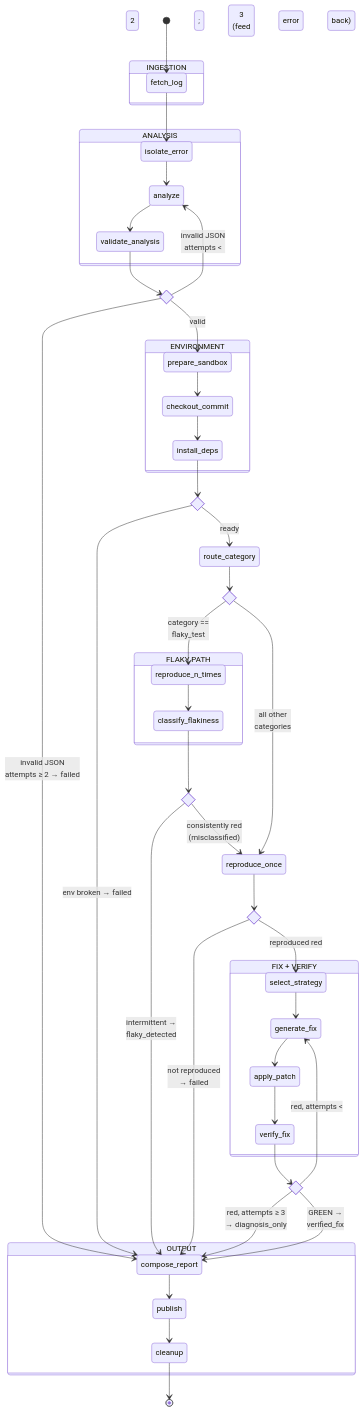
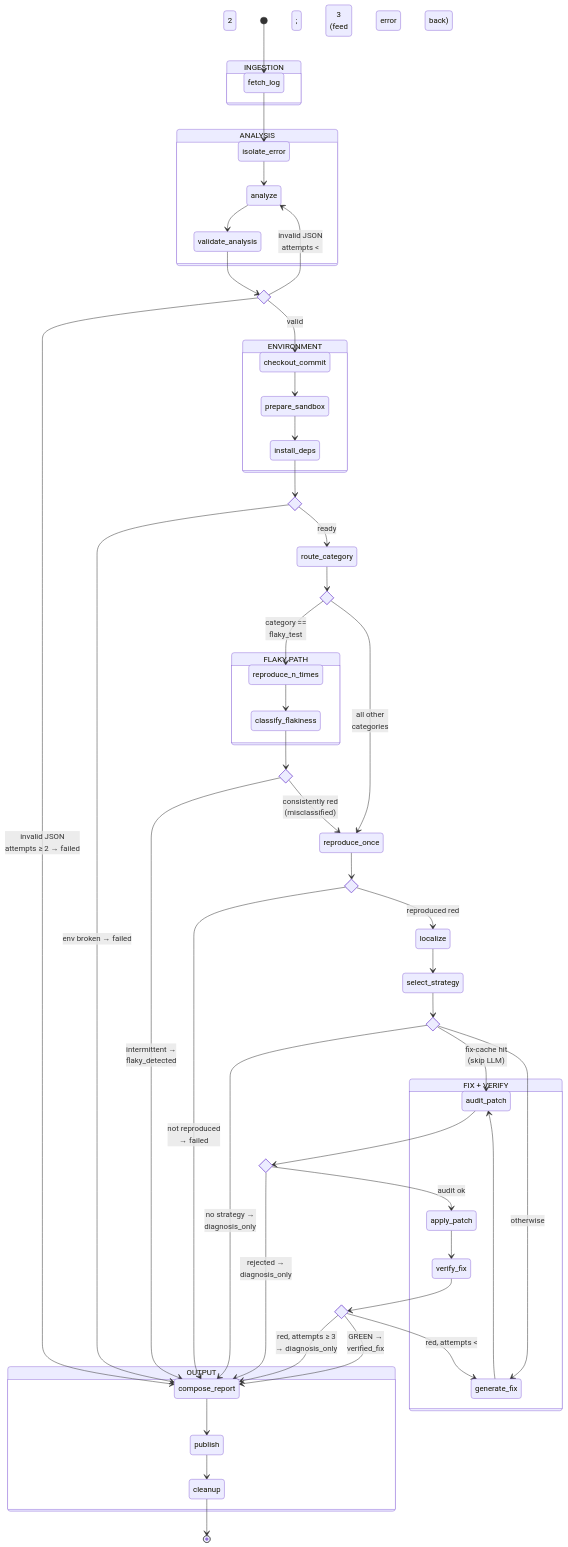
One commit to abhishekKokadwar/CIDRA changed the third of 11 diagrams in docs/4_architecture.md. Above: the diagram before and after it, drawn with Mermaid. The commit also changed other lines of this file and 2 other files, not shown here.

First line of the commit message:
docs: add runtime architecture diagram to README and align architecture doc with code

````diff
--- a/docs/4_architecture.md
+++ b/docs/4_architecture.md
@@ -221,68 +245,79 @@
 ```mermaid
 stateDiagram-v2
     direction TB
     [*] --> fetch_log
 
     state "INGESTION" as ING {
         fetch_log --> isolate_error
     }
 
     state "ANALYSIS" as ANA {
         isolate_error --> analyze
         analyze --> validate_analysis
     }
 
     state ck_valid <<choice>>
     validate_analysis --> ck_valid
     ck_valid --> analyze: invalid JSON<br/>attempts &lt; 2
     ck_valid --> compose_report: invalid JSON<br/>attempts ≥ 2 → failed
-    ck_valid --> prepare_sandbox: valid
+    ck_valid --> checkout_commit: valid
 
     state "ENVIRONMENT" as ENV {
-        prepare_sandbox --> checkout_commit
-        checkout_commit --> install_deps
+        checkout_commit --> prepare_sandbox
+        prepare_sandbox --> install_deps
     }
 
     state ck_env <<choice>>
     install_deps --> ck_env
     ck_env --> compose_report: env broken → failed
     ck_env --> route_category: ready
 
     state ck_cat <<choice>>
     route_category --> ck_cat
     ck_cat --> reproduce_n_times: category ==<br/>flaky_test
     ck_cat --> reproduce_once: all other<br/>categories
 
     state "FLAKY PATH" as FLK {
         reproduce_n_times --> classify_flakiness
     }
 
     state ck_flaky <<choice>>
     classify_flakiness --> ck_flaky
     ck_flaky --> compose_report: intermittent →<br/>flaky_detected
     ck_flaky --> reproduce_once: consistently red<br/>(misclassified)
 
     state ck_repro <<choice>>
     reproduce_once --> ck_repro
     ck_repro --> compose_report: not reproduced<br/>→ failed
-    ck_repro --> select_strategy: reproduced red
+    ck_repro --> localize: reproduced red
+    localize --> select_strategy
+
+    state ck_strat <<choice>>
+    select_strategy --> ck_strat
+    ck_strat --> compose_report: no strategy →<br/>diagnosis_only
+    ck_strat --> audit_patch: fix-cache hit<br/>(skip LLM)
+    ck_strat --> generate_fix: otherwise
 
     state "FIX + VERIFY" as FIX {
-        select_strategy --> generate_fix
-        generate_fix --> apply_patch
+        generate_fix --> audit_patch
         apply_patch --> verify_fix
     }
+
+    state ck_audit <<choice>>
+    audit_patch --> ck_audit
+    ck_audit --> apply_patch: audit ok
+    ck_audit --> compose_report: rejected →<br/>diagnosis_only
 
     state ck_verify <<choice>>
     verify_fix --> ck_verify
     ck_verify --> generate_fix: red, attempts &lt; 3<br/>(feed error back)
     ck_verify --> compose_report: red, attempts ≥ 3<br/>→ diagnosis_only
     ck_verify --> compose_report: GREEN →<br/>verified_fix
 
     state "OUTPUT" as OUT {
         compose_report --> publish
         publish --> cleanup
     }
 
     cleanup --> [*]
 ```
````
